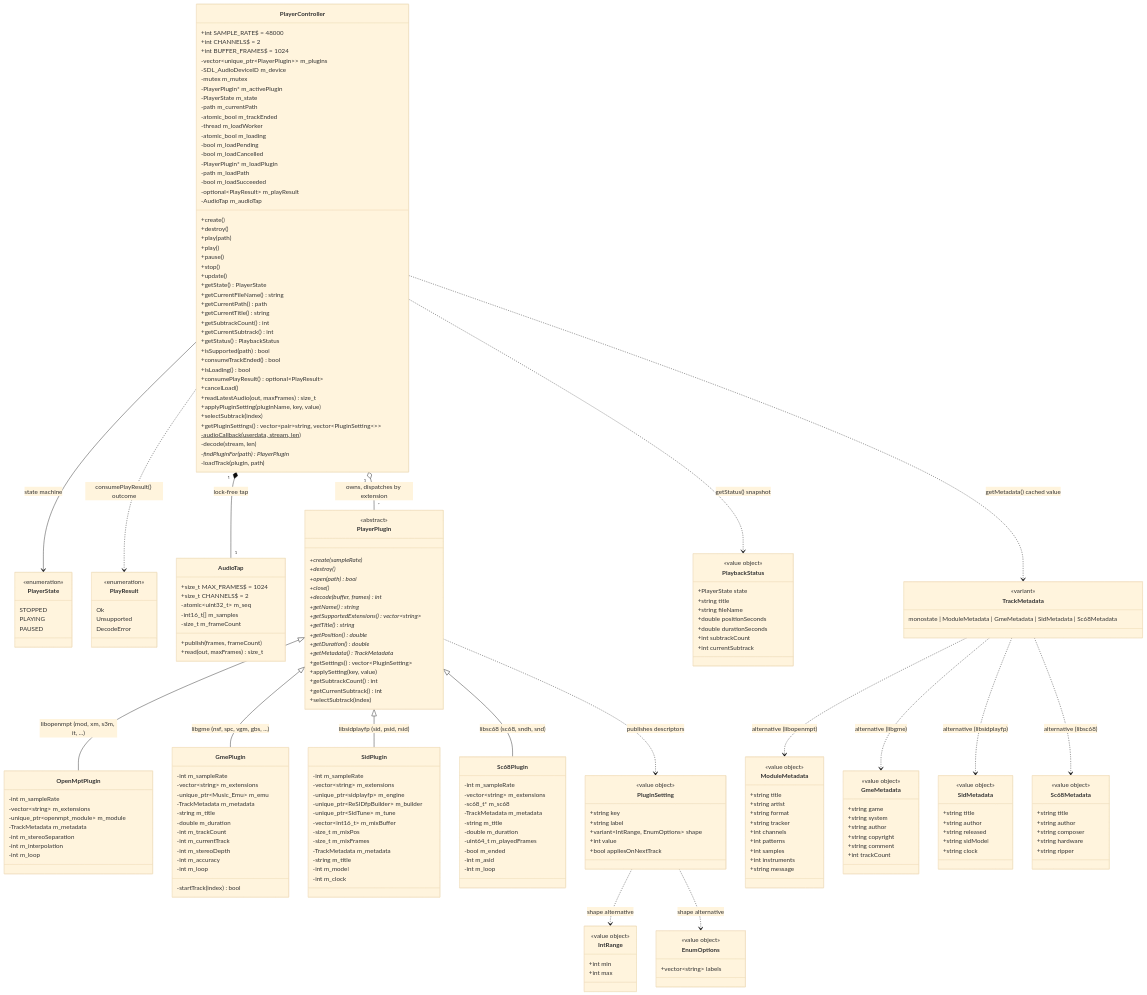
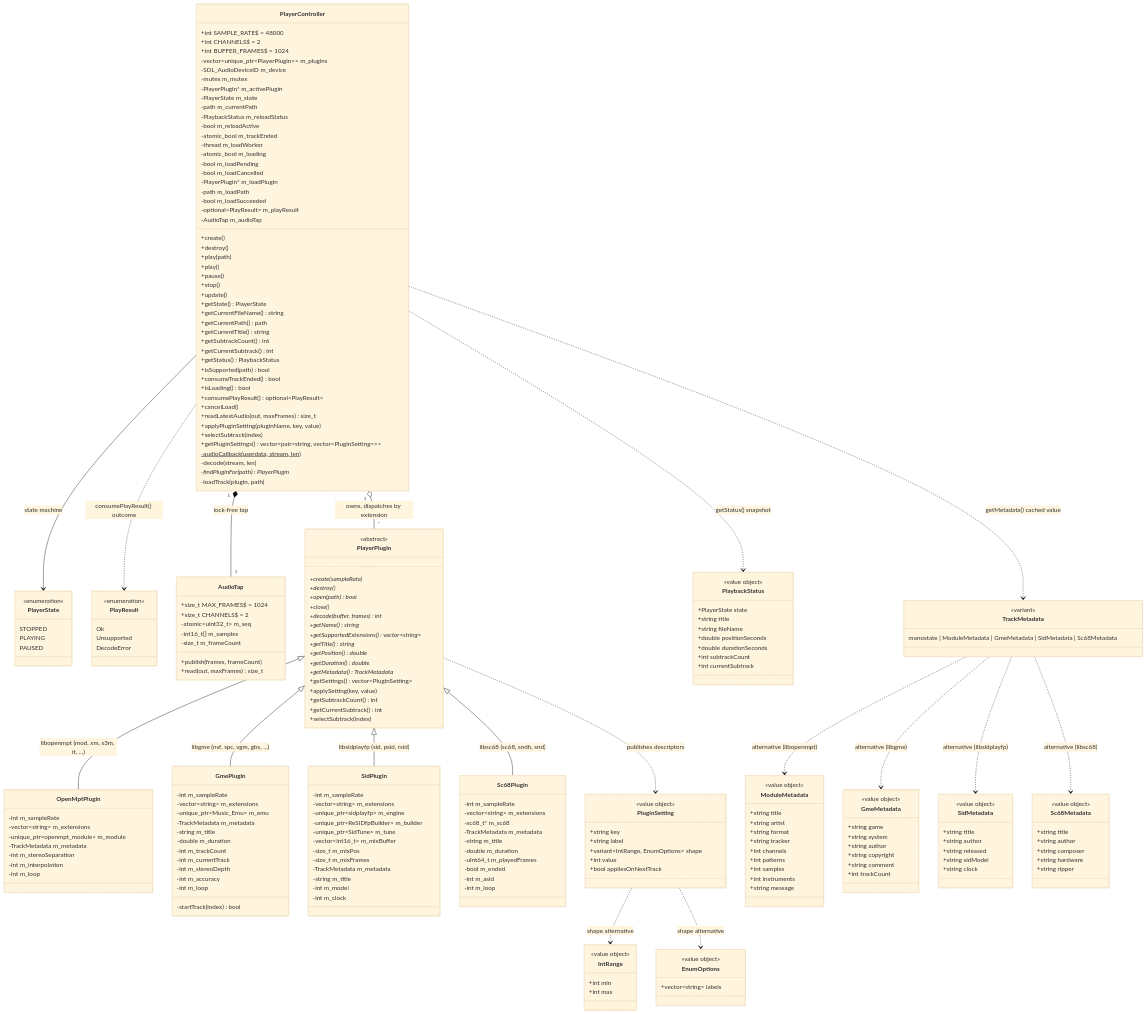
The diagram in docs/audio.md (notnotme/osp2), drawn with Mermaid (base theme) before and after one commit. The commit also changed other lines of this file and 5 other files, not shown here.

```diff
--- a/docs/audio.md
+++ b/docs/audio.md
@@ -28,6 +28,8 @@
         -PlayerPlugin* m_activePlugin
         -PlayerState m_state
         -path m_currentPath
+        -PlaybackStatus m_reloadStatus
+        -bool m_reloadActive
         -atomic_bool m_trackEnded
         -thread m_loadWorker
         -atomic_bool m_loading
```
